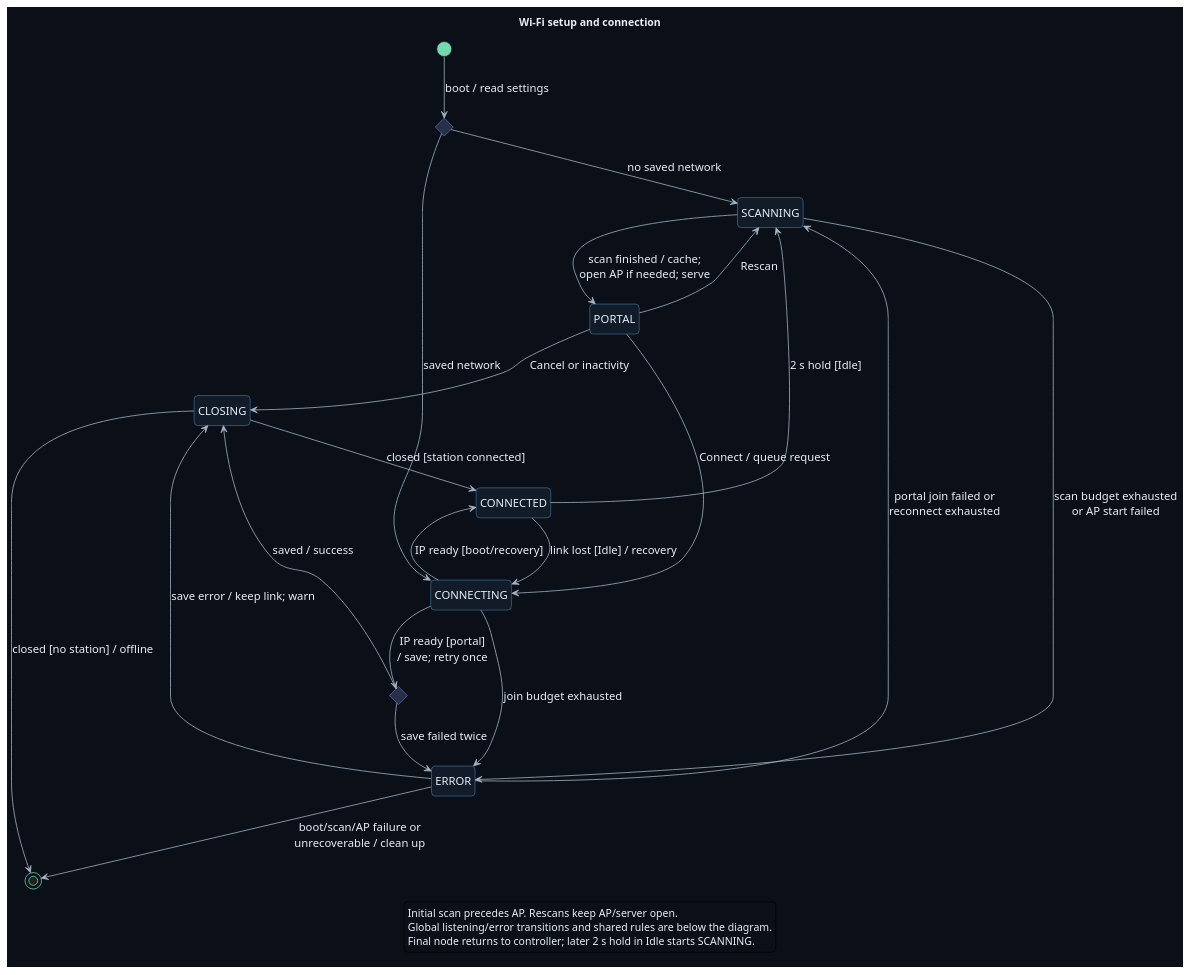
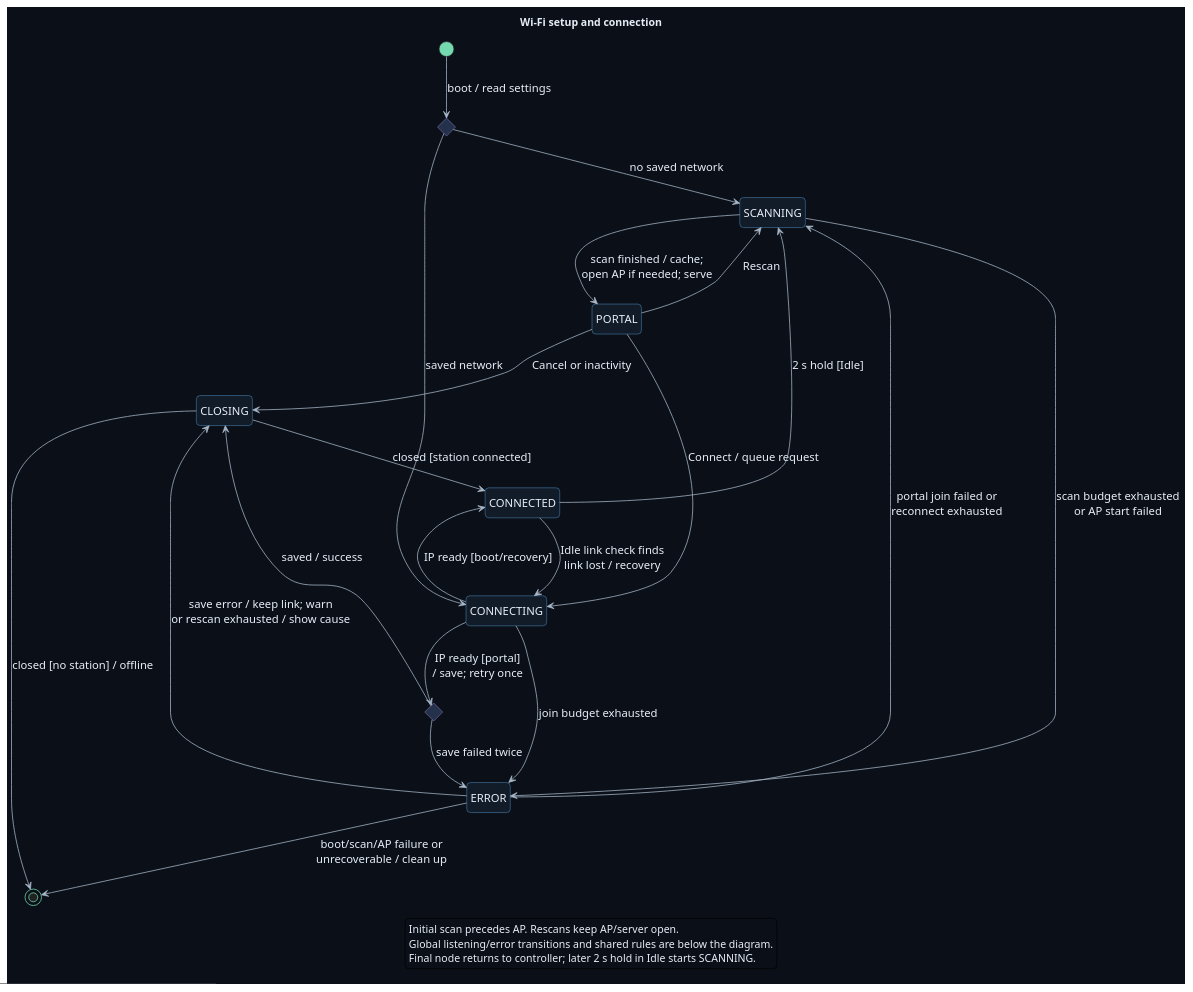
Before and after one commit to DemonicPsychoII/DigitalStethoscope: the diagram in Development/system/architecture/wifi-state.puml, drawn with PlantUML. The commit also changed 27 other files, not shown here.

```diff
--- a/Development/system/architecture/wifi-state.puml
+++ b/Development/system/architecture/wifi-state.puml
@@ -1,75 +1,75 @@
 @startuml wifi_state
 skinparam backgroundColor #0b1018
 skinparam defaultFontName SansSerif
 skinparam defaultFontSize 15
 skinparam defaultFontColor #e6edf7
 skinparam ArrowColor #a9b8ca
 skinparam shadowing false
 skinparam roundcorner 10
 skinparam state {
  BackgroundColor #121b28
  BorderColor #64b5f6
  FontColor #e6edf7
  StartColor #74d9ae
  EndColor #74d9ae
 }
 skinparam activity {
  BackgroundColor #121b28
  BorderColor #64b5f6
  FontColor #e6edf7
  DiamondBackgroundColor #24314a
  DiamondBorderColor #c5a1ff
  DiamondFontColor #e6edf7
  StartColor #74d9ae
  EndColor #74d9ae
 }
 title Wi-Fi setup and connection
 hide empty description
 state "SCANNING" as Scan
 state "PORTAL" as Portal
 state "CONNECTING" as Join
 state "CLOSING" as Close
 state "CONNECTED" as Online
 state "ERROR" as Error
 state Boot <<choice>>
 state Save <<choice>>
 [*] --> Boot : boot / read settings
 Boot --> Scan : no saved network
 Boot --> Join : saved network
 Scan -down-> Portal : scan finished / cache;\nopen AP if needed; serve
 Portal -down-> Join : Connect / queue request
 Portal --> Scan : Rescan
 Portal --> Close : Cancel or inactivity
 Join -down-> Save : IP ready [portal]\n/ save; retry once
 Save -down-> Close : saved / success
 Join --> Online : IP ready [boot/recovery]
 Join --> Error : join budget exhausted
 Scan --> Error : scan budget exhausted\nor AP start failed
 Save --> Error : save failed twice
 Error --> Scan : portal join failed or\nreconnect exhausted
-Error --> Close : save error / keep link; warn
+Error --> Close : save error / keep link; warn\nor rescan exhausted / show cause
 Error --> [*] : boot/scan/AP failure or\nunrecoverable / clean up
 Close -down-> Online : closed [station connected]
 Close --> [*] : closed [no station] / offline
-Online --> Join : link lost [Idle] / recovery
+Online --> Join : Idle link check finds\nlink lost / recovery
 Online --> Scan : 2 s hold [Idle]
 legend bottom
  Initial scan precedes AP. Rescans keep AP/server open.
  Global listening/error transitions and shared rules are below the diagram.
  Final node returns to controller; later 2 s hold in Idle starts SCANNING.
 endlegend
 /'
 Shared workflow contract:
 Entry: setup at boot or Idle. Initial scan/cache -> open AP -> serve portal. Rescans retain AP/server. A 2 s hold in Idle re-enters after exit.
 Retry: boot/reconnect/scan 4 attempts total, 5 s between failures; portal join 1; save 2; AP start manual. Reset each operation budget.
-Recovery: boot/AP/exhausted scan -> manual 2 s hold; reconnect exhaustion -> automatic setup in Idle; portal join failure -> show error then rescan/selection; save failure -> connected with unsaved credentials, old valid record preserved.
+Recovery: boot/AP/exhausted scan -> manual 2 s hold; an exhausted rescan closes setup with its cause; reconnect exhaustion -> automatic setup in Idle, once, then only a 2 s hold; portal join failure -> show error then rescan/selection; save failure -> connected with unsaved credentials, old valid record preserved.
 Global setup failure: software error that prevents continuing -> ERROR, log/show cause, release setup resources, offline. A later 2 s hold can retry.
 Portal: open hotspot; QR portal URL after manual hotspot join; manual phone rejoin accepted. One document, password only for protected selection. Queue Connect; browser polls; confirm selected network and assigned address, not an old link. Publish cache only after scan-finished.
-Cancel/timer: form Back returns to selection. Setup Cancel closes setup. User cancel is locked from Connect submission through save/automatic closure. Timeout is 5 min inactivity; selection/password input/Rescan reset it; polling does not. Pause during actions.
-Closure: success or save warning 10 s, then AP/server off, station retained. Cancel/timeout notice before shutdown, no extra delay. Keep established station; otherwise stop attempts and release Wi-Fi services. Final nodes return to controller, not device shutdown.
-Global listening interrupt: stop setup/reconnect work before audio starts; keep established station. Serialize join completion vs teardown, reject late callbacks, finish atomic settings writes safely. Defer reconnection until Idle.
-Feedback: newest status/error catalogue applies. Violet: steady portal, breathing scan/join/reconnect, 3 quick flashes on connection. Red counted code at 2 Hz: Wi-Fi save=2, scan=3, boot join=4, reconnect=5, AP start=6. Serial log carries cause. Short press clears indication only; recovery/2 s setup hold does not require acknowledgement.
+Cancel/timer: form Back returns to selection. Setup Cancel closes setup. User cancel is locked from Connect submission through save/automatic closure; requests sent meanwhile are dropped. Timeout is 5 min inactivity; selection/password input (page activity request)/Rescan reset it; polling does not. Pause during actions.
+Closure: success or save warning 10 s, then AP/server off, station retained. Cancel/timeout/failure notice before shutdown, short (candidate 2 s), no extra 10 s delay. Keep established station; otherwise stop attempts and release Wi-Fi services. Final nodes return to controller, not device shutdown.
+Global listening interrupt: stop setup/reconnect work before audio starts; keep established station. Waits check Start in 200 ms slices; control waits for confirmed cancellation and teardown before audio starts. Total release latency is unverified. Serialize join completion vs teardown, reject late callbacks, finish atomic settings writes safely. Defer reconnection until Idle; an Idle link check (candidate every 2 min) detects link loss.
+Feedback: newest status/error catalogue applies. Violet: steady portal, breathing scan/join/reconnect, 3 quick flashes on connection. Red counted code at 2 Hz: Wi-Fi save=1, scan=2, boot join=3, reconnect=4, AP start=5. Serial log carries cause. Short press clears indication only; recovery/2 s setup hold does not require acknowledgement.
 Wi-Fi-only failures preserve functioning audio, allow offline Start and retain selected recovery paths. Other faults use the catalogue halt/clear rules. Generic settings failure is not Wi-Fi credential-save failure.
 Time/secure server transport/registration belong to later FHIR, not Wi-Fi setup completion. Hardware timing and radio/audio interference are not verified.
 '/
 @enduml
```
